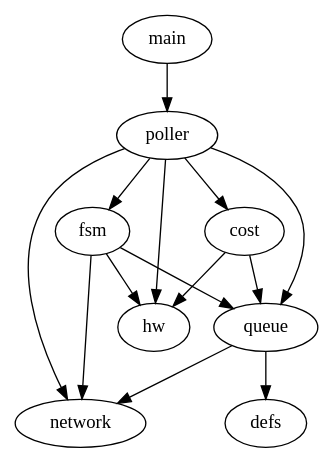
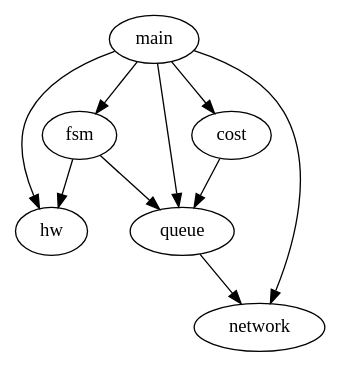
The diagram in dependancy_diagram.gv (mmshabab90/TTK4145-Heis), drawn with Graphviz before and after one commit. The commit also changed 3 other files, not shown here.

```diff
--- a/dependancy_diagram.gv
+++ b/dependancy_diagram.gv
@@ -1,15 +1,11 @@
 digraph G {
-	main -> poller;
-	poller -> hw;
-	poller -> fsm;
-	poller -> queue;
-	poller -> network;
-	poller -> cost;
+	main -> hw;
+	main -> fsm;
+	main -> queue;
+	main -> cost;
+	main -> network;
 	fsm -> hw;
 	fsm -> queue;
-	fsm -> network;
-	queue -> defs;
 	queue -> network;
 	cost -> queue;
-	cost -> hw;
 }
```
